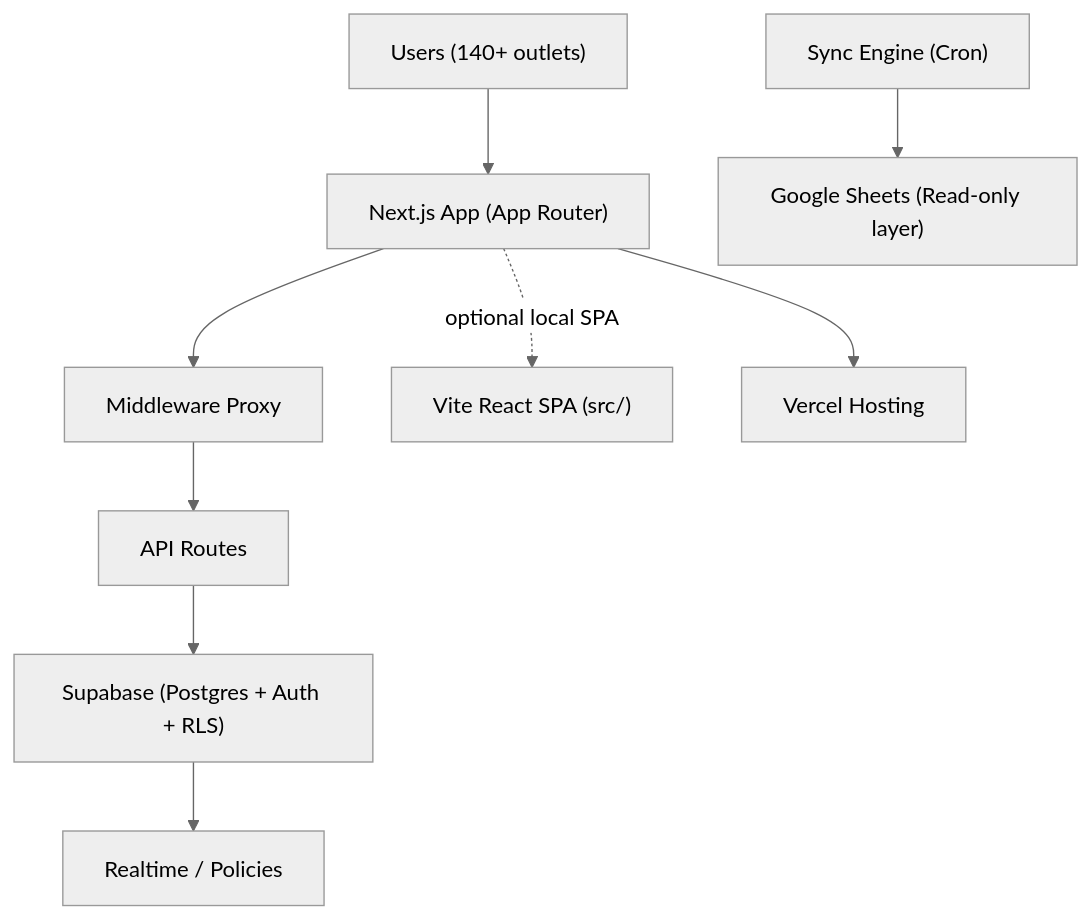
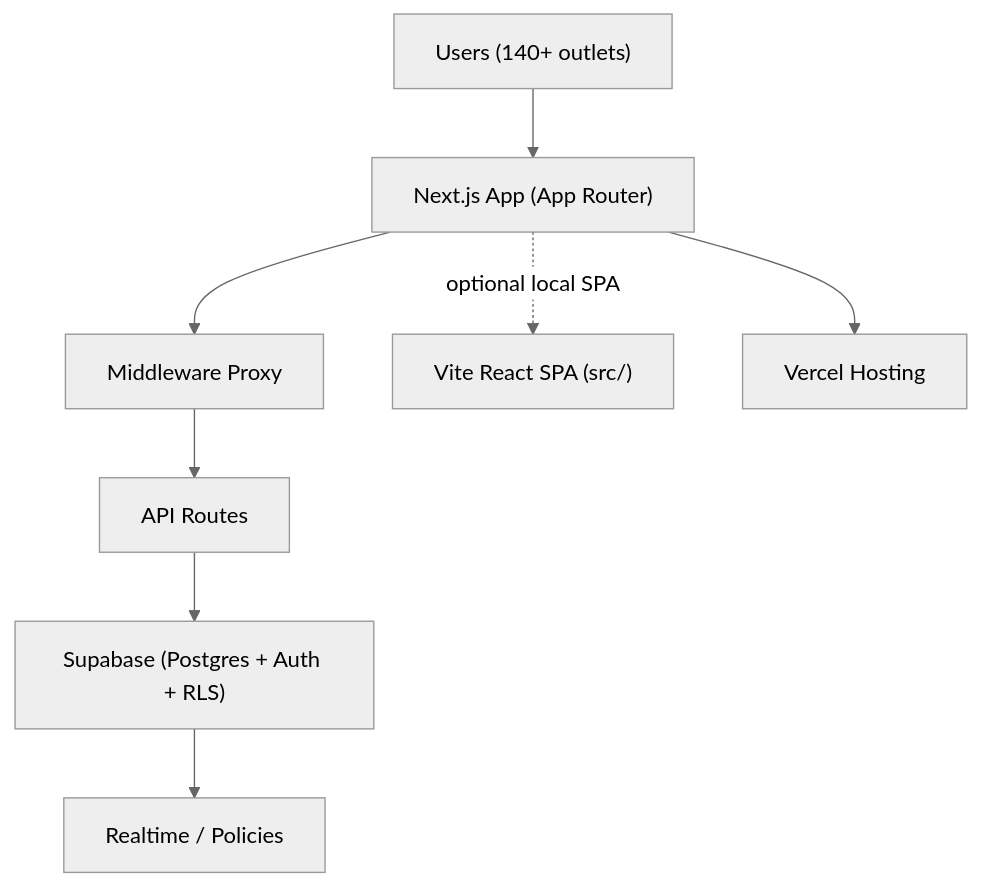
Before and after one commit to frpboy/sahakar-accounts: the first of 4 diagrams in README.md, drawn with Mermaid (neutral theme). The commit also changed other lines of this file and 17 other files, not shown here.

Commit message:
docs: remove Google Sheets/Drive references; add Export Logs API; delete drive-folder route and sheets migrations; update reports and plans

````diff
--- a/README.md
+++ b/README.md
@@ -14,11 +15,10 @@
 ```mermaid
 graph TD
     A["Users (140+ outlets)"] --> B["Next.js App (App Router)"]
     B --> C["Middleware Proxy"]
     C --> D["API Routes"]
     D --> E["Supabase (Postgres + Auth + RLS)"]
     E --> F["Realtime / Policies"]
-    G["Sync Engine (Cron)"] --> H["Google Sheets (Read-only layer)"]
     B -. optional local SPA .-> I["Vite React SPA (src/)"]
     B --> J["Vercel Hosting"]
 ```
````
